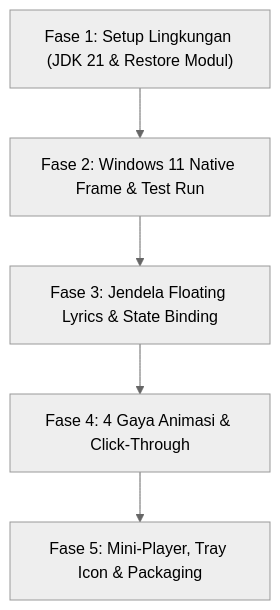
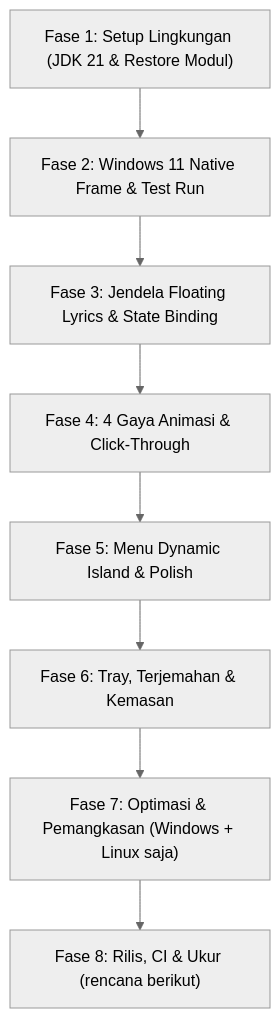
Before and after one commit to daffa-789/BitChord: the diagram in PLAN_WINDOWS.md, drawn with Mermaid (neutral theme). The commit also changed other lines of this file and 4 other files, not shown here.

````diff
--- a/PLAN_WINDOWS.md
+++ b/PLAN_WINDOWS.md
@@ -109,7 +121,10 @@
 ```mermaid
 flowchart TD
     Fase1["Fase 1: Setup Lingkungan (JDK 21 & Restore Modul)"] --> Fase2["Fase 2: Windows 11 Native Frame & Test Run"]
     Fase2 --> Fase3["Fase 3: Jendela Floating Lyrics & State Binding"]
     Fase3 --> Fase4["Fase 4: 4 Gaya Animasi & Click-Through"]
-    Fase4 --> Fase5["Fase 5: Mini-Player, Tray Icon & Packaging"]
+    Fase4 --> Fase5["Fase 5: Menu Dynamic Island & Polish"]
+    Fase5 --> Fase6["Fase 6: Tray, Terjemahan & Kemasan"]
+    Fase6 --> Fase7["Fase 7: Optimasi & Pemangkasan (Windows + Linux saja)"]
+    Fase7 --> Fase8["Fase 8: Rilis, CI & Ukur (rencana berikut)"]
 ```
````
